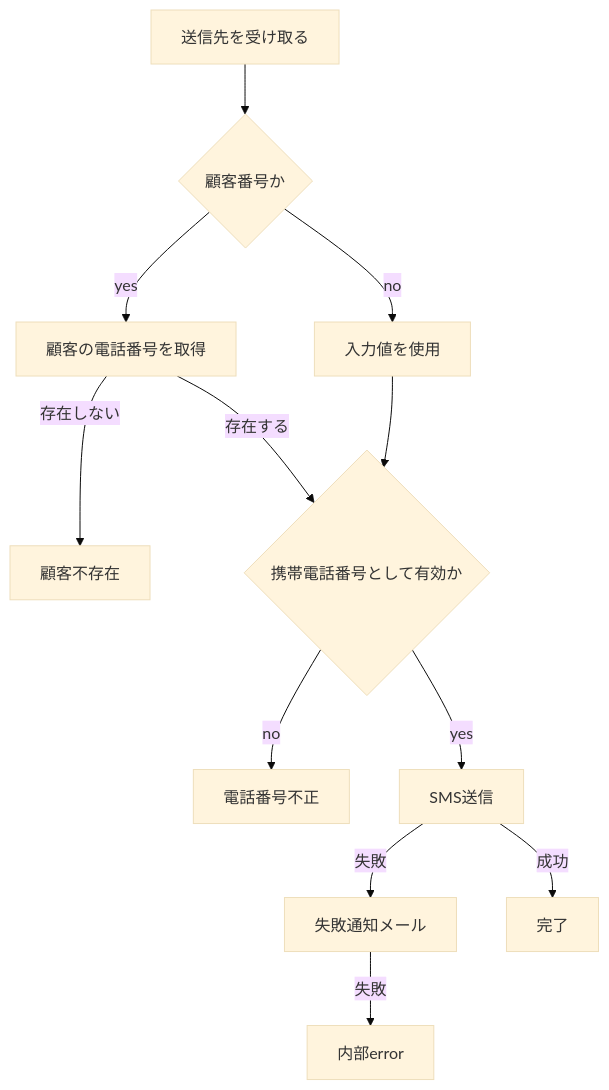
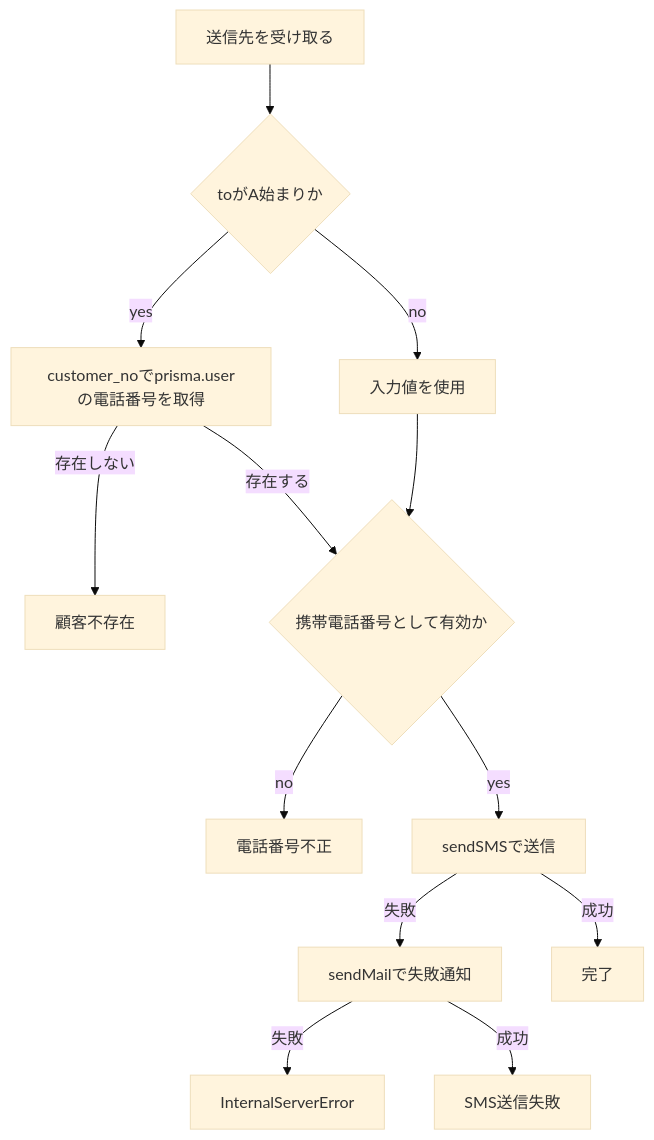
Before and after one commit to k2-dev0/ai-agent-rules: the diagram in skills/cowlick/DESIGN_FORMAT.md, drawn with Mermaid (base theme). The commit also changed other lines of this file, not shown here.

Commit message:
docs: promptの処理記述を図優先にする

````diff
--- a/skills/cowlick/DESIGN_FORMAT.md
+++ b/skills/cowlick/DESIGN_FORMAT.md
@@ -77,14 +78,15 @@
 ```mermaid
 flowchart TD
-  A[送信先を受け取る] --> B{顧客番号か}
-  B -->|yes| C[顧客の電話番号を取得]
+  A[送信先を受け取る] --> B{toがA始まりか}
+  B -->|yes| C[customer_noでprisma.userの電話番号を取得]
   C -->|存在しない| X[顧客不存在]
   B -->|no| D[入力値を使用]
   C -->|存在する| E{携帯電話番号として有効か}
   D --> E
   E -->|no| Y[電話番号不正]
-  E -->|yes| F[SMS送信]
-  F -->|失敗| G[失敗通知メール]
-  G -->|失敗| Z[内部error]
+  E -->|yes| F[sendSMSで送信]
+  F -->|失敗| G[sendMailで失敗通知]
+  G -->|失敗| Z[InternalServerError]
+  G -->|成功| I[SMS送信失敗]
   F -->|成功| H[完了]
 ```
````
